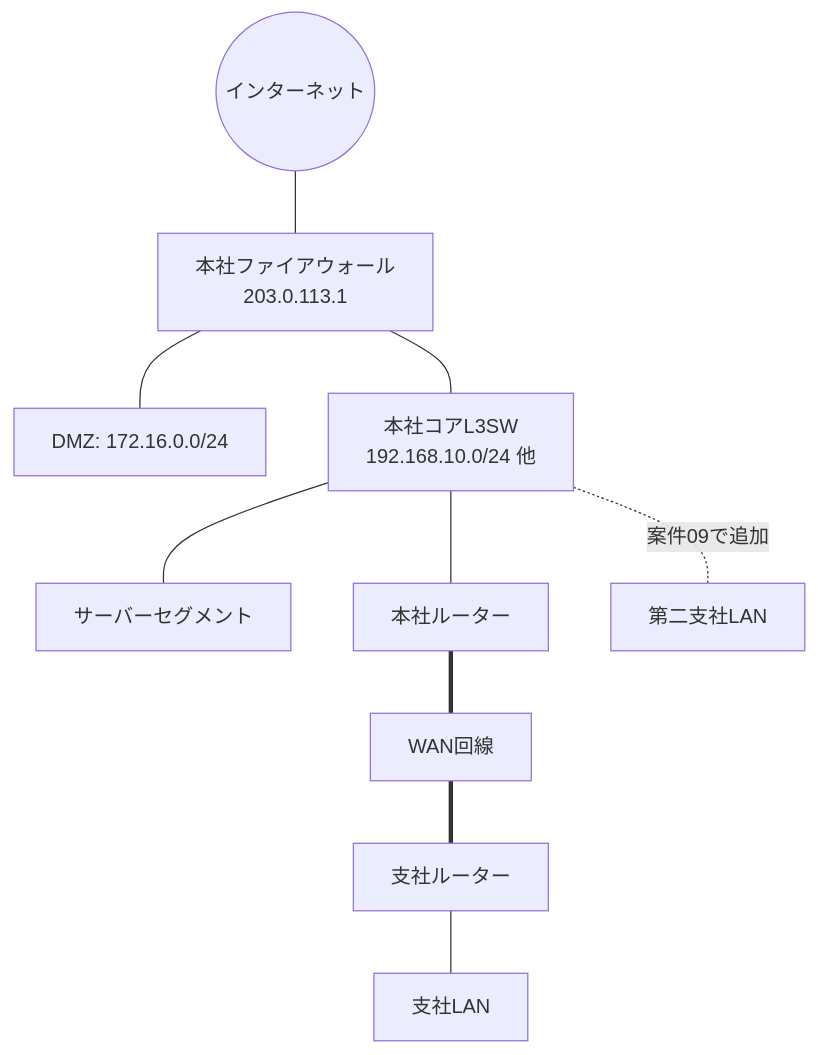
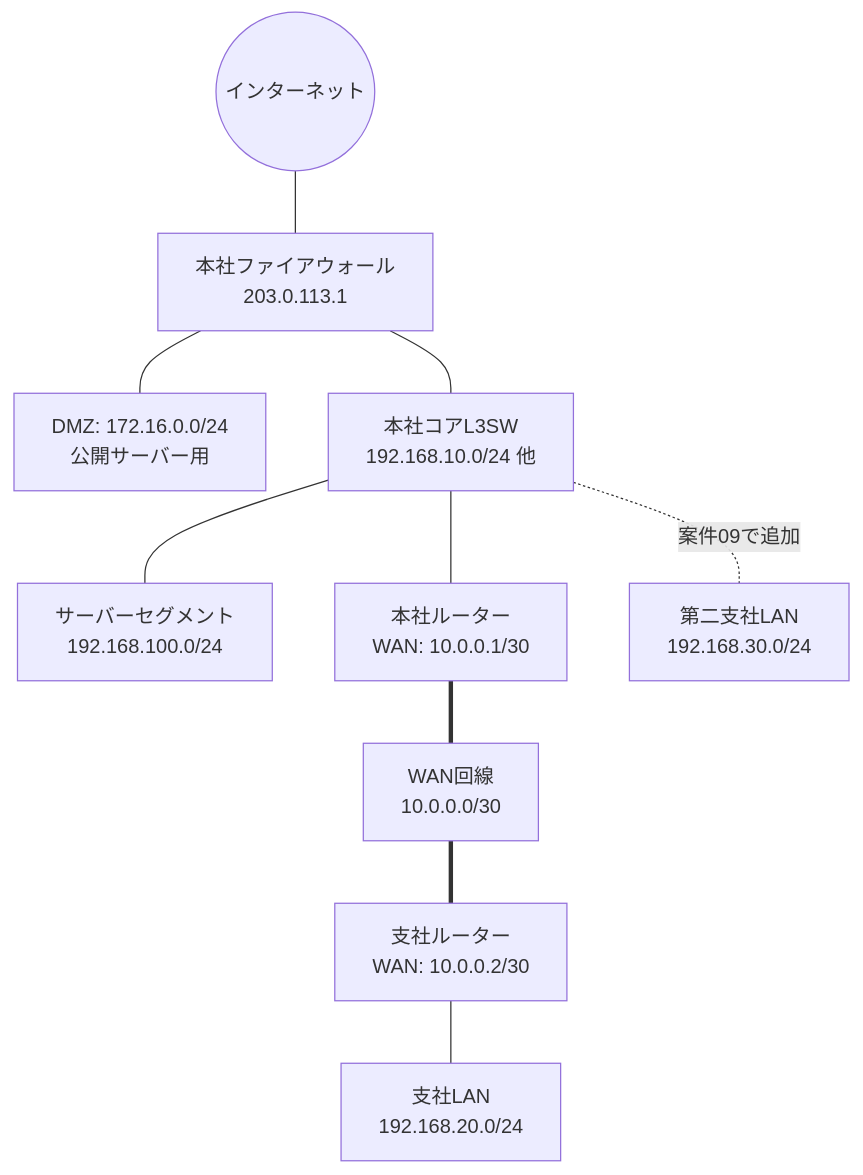
One commit to ns7jp/network changed the diagram in docs/03_ip_address_design.md. Above: the diagram before and after it, drawn with Mermaid. The commit also changed 13 other files, not shown here.

````diff
--- a/docs/03_ip_address_design.md
+++ b/docs/03_ip_address_design.md
@@ -12,13 +12,13 @@
 ```mermaid
 graph TB
     INET((インターネット))
     INET --- FW[本社ファイアウォール<br/>203.0.113.1]
-    FW --- DMZ[DMZ: 172.16.0.0/24<br/公開サーバー用]
+    FW --- DMZ[DMZ: 172.16.0.0/24<br/>公開サーバー用]
     FW --- CORE[本社コアL3SW<br/>192.168.10.0/24 他]
-    CORE --- SRV[サーバーセグメント<br/192.168.100.0/24]
-    CORE --- WANR[本社ルーター<br/WAN: 10.0.0.1/30]
-    WANR === WANLINK[WAN回線<br/10.0.0.0/30]
-    WANLINK === BRR[支社ルーター<br/WAN: 10.0.0.2/30]
-    BRR --- BRLAN[支社LAN<br/192.168.20.0/24]
-    CORE -.案件09で追加.- BR2LAN[第二支社LAN<br/192.168.30.0/24]
+    CORE --- SRV[サーバーセグメント<br/>192.168.100.0/24]
+    CORE --- WANR[本社ルーター<br/>WAN: 10.0.0.1/30]
+    WANR === WANLINK[WAN回線<br/>10.0.0.0/30]
+    WANLINK === BRR[支社ルーター<br/>WAN: 10.0.0.2/30]
+    BRR --- BRLAN[支社LAN<br/>192.168.20.0/24]
+    CORE -.案件09で追加.- BR2LAN[第二支社LAN<br/>192.168.30.0/24]
 ```
````
